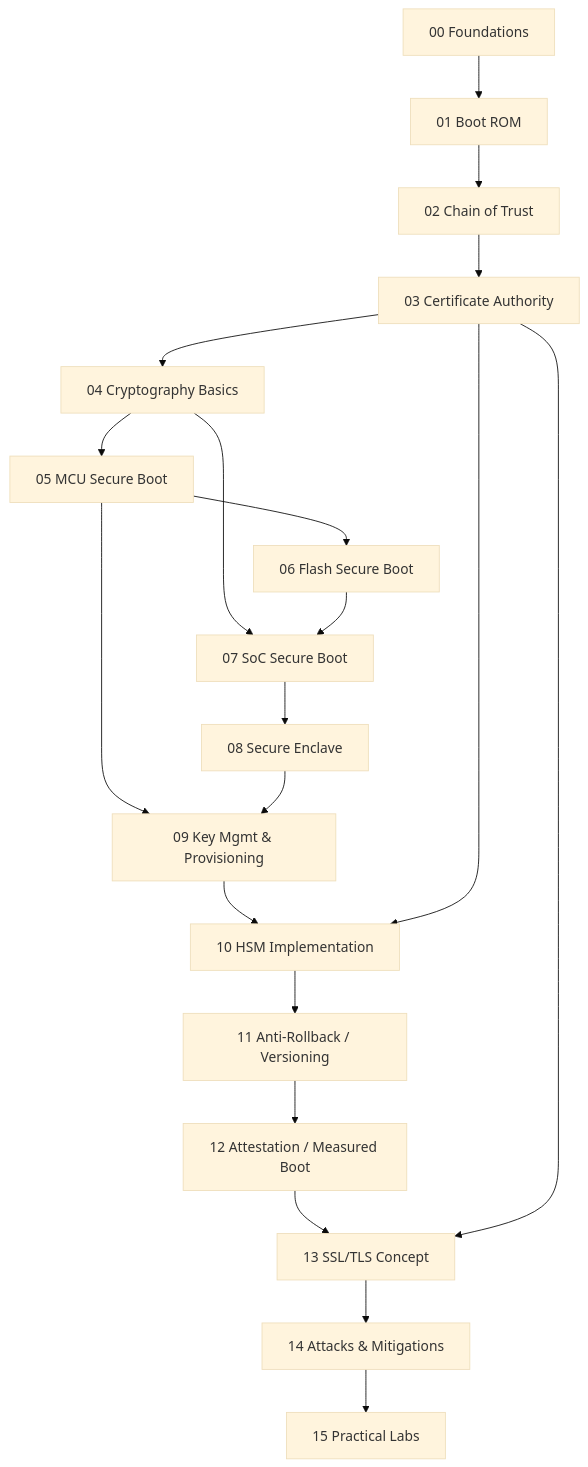
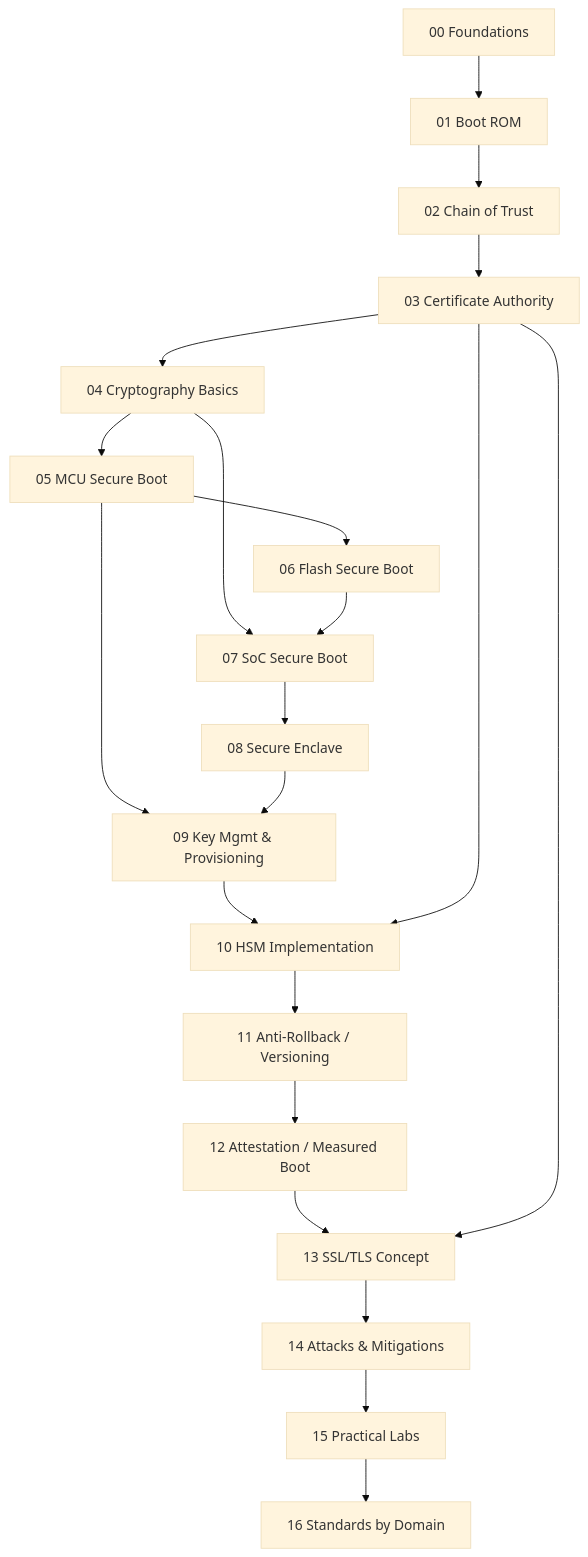
The first of 2 diagrams in docs/index.md (sprchuoi/securebootloader), drawn with Mermaid (base theme) before and after one commit. The commit also changed other lines of this file and 12 other files, not shown here.

First line of the commit message:
Add domain-specific standards folder + deepen TF-A/TrustZone/PKI content

````diff
--- a/docs/index.md
+++ b/docs/index.md
@@ -37,22 +38,23 @@
 ```mermaid
 flowchart TD
     A[00 Foundations] --> B[01 Boot ROM]
     B --> C[02 Chain of Trust]
     C --> CA[03 Certificate Authority]
     CA --> F[04 Cryptography Basics]
     F --> D[05 MCU Secure Boot]
     D --> FL[06 Flash Secure Boot]
     F --> E[07 SoC Secure Boot]
     FL --> E
     E --> SE[08 Secure Enclave]
     D --> G[09 Key Mgmt & Provisioning]
     SE --> G
     G --> HSM[10 HSM Implementation]
     CA --> HSM
     HSM --> H[11 Anti-Rollback / Versioning]
     H --> I[12 Attestation / Measured Boot]
     I --> SSL[13 SSL/TLS Concept]
     CA --> SSL
     SSL --> J[14 Attacks & Mitigations]
     J --> K[15 Practical Labs]
+    K --> ST[16 Standards by Domain]
 ```
````
